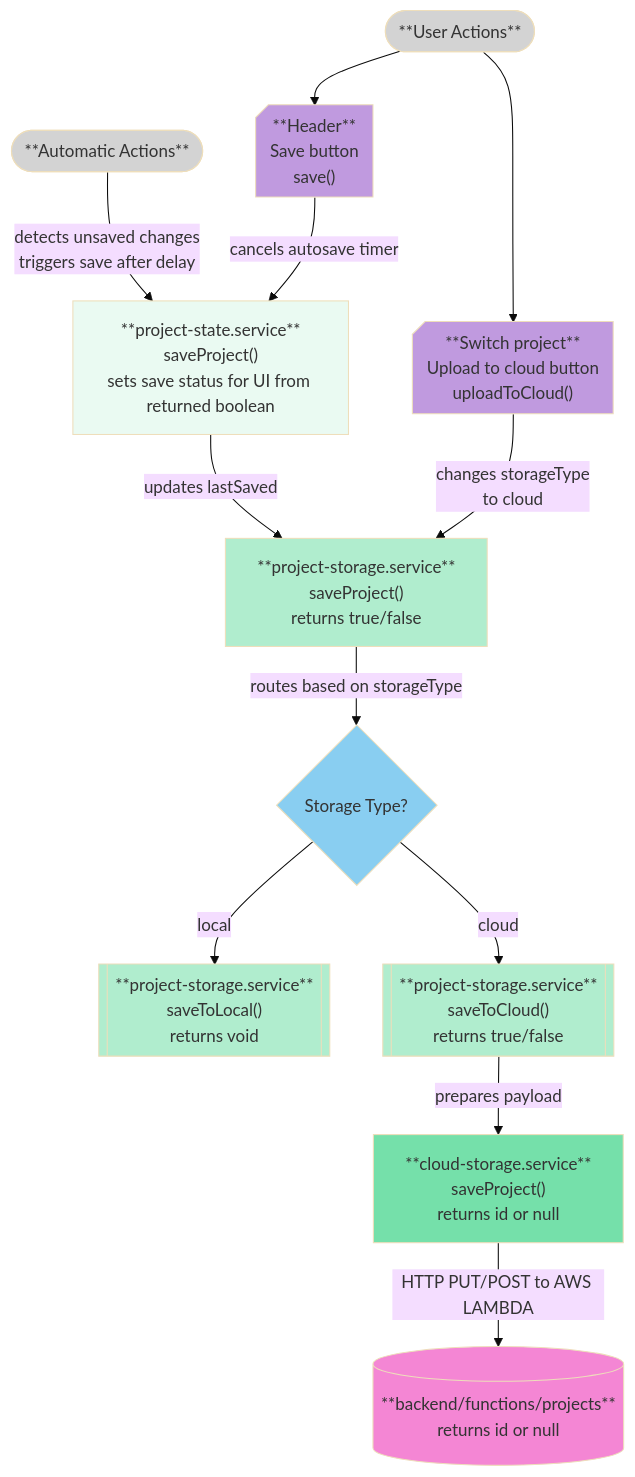
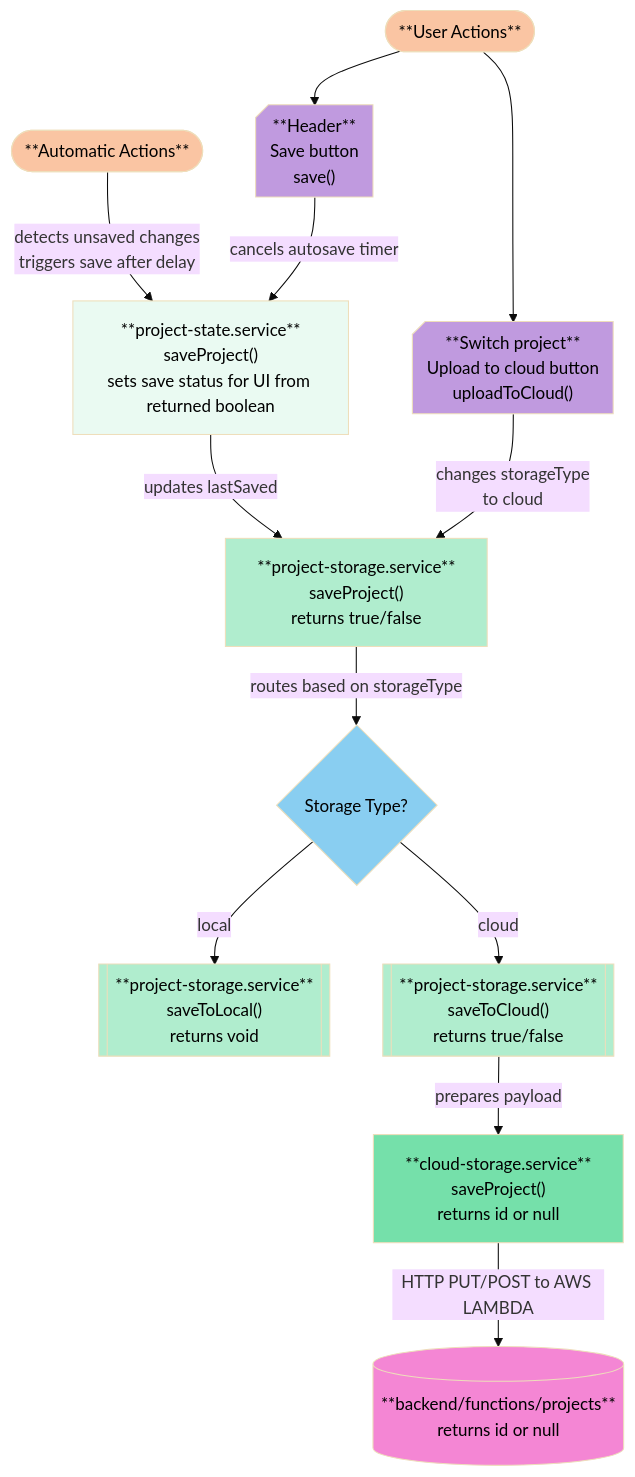
The diagram in README.md (cra-proto/design-assistant), drawn with Mermaid (base theme) before and after one commit.

Commit message:
Update readme colors

````diff
--- a/README.md
+++ b/README.md
@@ -209,39 +209,39 @@
 ```mermaid
 flowchart TB
     AUTO(["**Automatic Actions**"])
     USER(["**User Actions**"])
     HEADER["**Header**<br>Save button<br>save()"]
     SWITCH["**Switch project**<br>Upload to cloud button<br>uploadToCloud()"]
     STATE["**project-state.service**<br>saveProject()<br>sets save status for UI from returned boolean"]
     STORAGE["**project-storage.service**<br>saveProject()<br>returns true/false"]
     TYPE{"Storage Type?"}
     STORAGEL[["**project-storage.service**<br>saveToLocal()<br>returns void"]]
     STORAGEC[["**project-storage.service**<br>saveToCloud()<br>returns true/false"]]
     CLOUD["**cloud-storage.service**<br>saveProject()<br>returns id or null"]
     LAMBDA[("**backend/functions/projects**<br>returns id or null")]
 
     AUTO -- detects unsaved changes<br>triggers save after delay--> STATE
     USER --> HEADER & SWITCH
     HEADER --cancels autosave timer--> STATE
     STATE --updates lastSaved--> STORAGE
     SWITCH --changes storageType<br>to cloud--> STORAGE
     STORAGE --routes based on storageType--> TYPE
     TYPE --local--> STORAGEL
     TYPE --cloud--> STORAGEC
     STORAGEC --prepares payload--> CLOUD
     CLOUD --HTTP PUT/POST to AWS LAMBDA--> LAMBDA
     
     HEADER@{ shape: card}
     SWITCH@{ shape: card}
-    style AUTO fill:#d3d3d3
-    style USER fill:#d3d3d3
-    style HEADER fill:#c09adf
-    style SWITCH fill:#c09adf
-    style STATE fill:#eafaf2
-    style STORAGE fill:#b0edce
-    style TYPE fill:#89cef1
-    style STORAGEL fill:#b0edce
-    style STORAGEC fill:#b0edce
-    style CLOUD fill:#75e0aa
-    style LAMBDA fill:#f486d4
+    style AUTO fill:#fac5a3,color:#000000
+    style USER fill:#fac5a3,color:#000000
+    style HEADER fill:#c09adf,color:#000000
+    style SWITCH fill:#c09adf,color:#000000
+    style STATE fill:#eafaf2,color:#000000
+    style STORAGE fill:#b0edce,color:#000000
+    style TYPE fill:#89cef1,color:#000000
+    style STORAGEL fill:#b0edce,color:#000000
+    style STORAGEC fill:#b0edce,color:#000000
+    style CLOUD fill:#75e0aa,color:#000000
+    style LAMBDA fill:#f486d4,color:#000000
 ```
````
